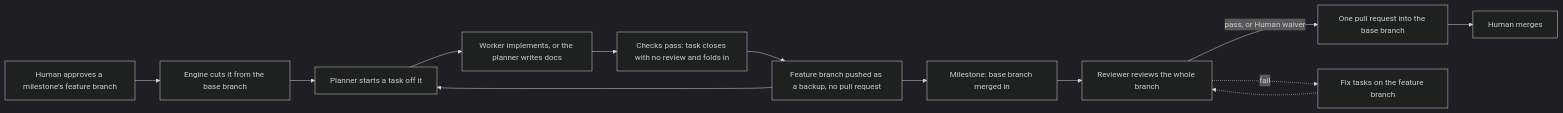
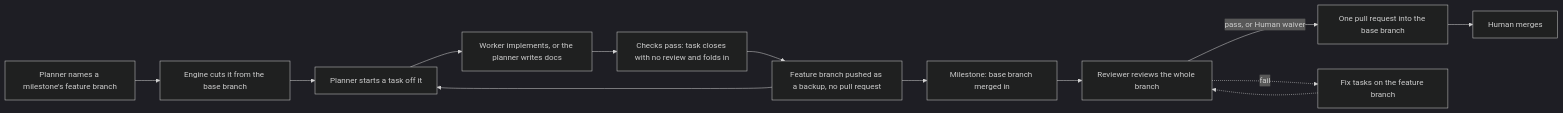
One commit to trustmybot/tmb changed the eighth of 12 diagrams in docs/flows/FLOWS.md. Above: the diagram before and after it, drawn with Mermaid (dark theme). The commit also changed other lines of this file and 11 other files, not shown here.

First line of the commit message:
📝 docs: review gates the merge, the push gate guards the base branch

````diff
--- a/docs/flows/FLOWS.md
+++ b/docs/flows/FLOWS.md
@@ -147,15 +147,15 @@
 ```mermaid
 flowchart LR
-    A["Human approves a milestone's feature branch"] --> B["Engine cuts it from the base branch"]
+    A["Planner names a milestone's feature branch"] --> B["Engine cuts it from the base branch"]
     B --> C["Planner starts a task off it"]
     C --> D["Worker implements, or the planner writes docs"]
     D --> E["Checks pass: task closes with no review and folds in"]
     E --> F["Feature branch pushed as a backup, no pull request"]
     F --> C
     F --> S["Milestone: base branch merged in"]
     S --> G["Reviewer reviews the whole branch"]
     G -- "pass, or Human waiver" --> H["One pull request into the base branch"]
     H --> I["Human merges"]
     G -. fail .-> K["Fix tasks on the feature branch"]
     K -.-> G
 ```
````
